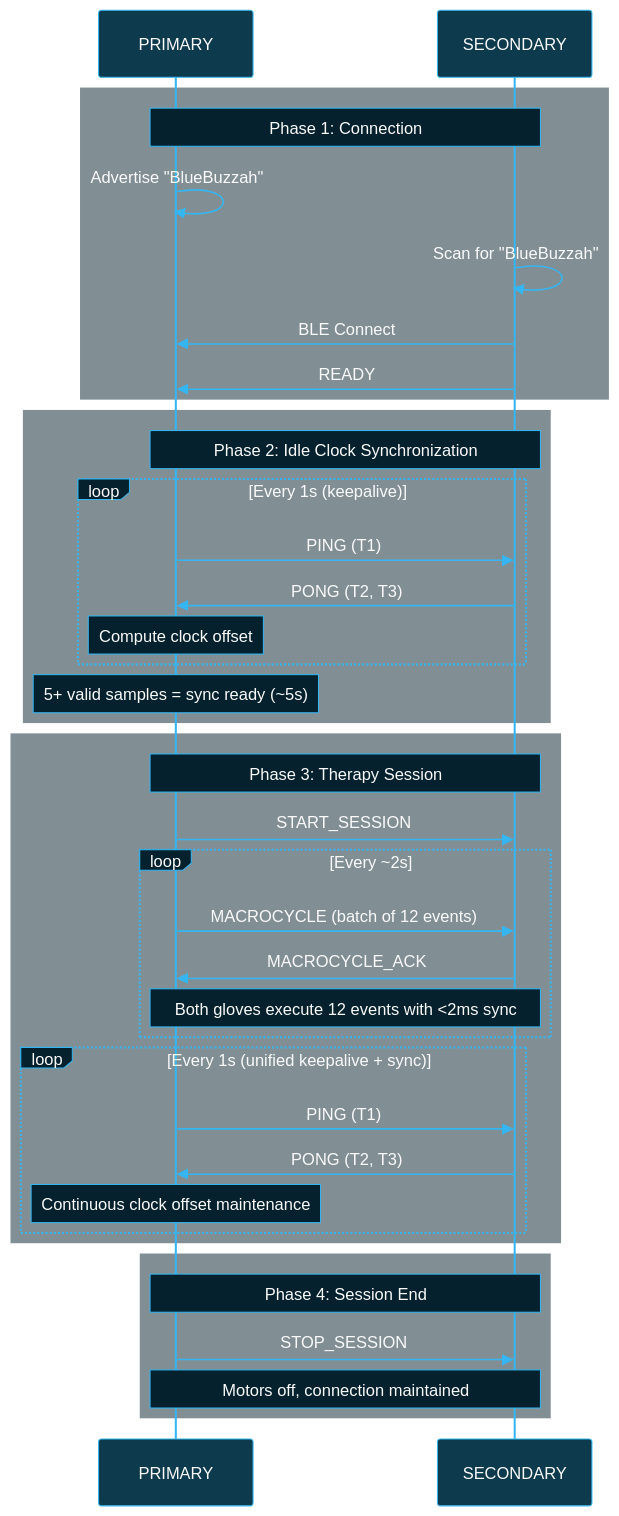
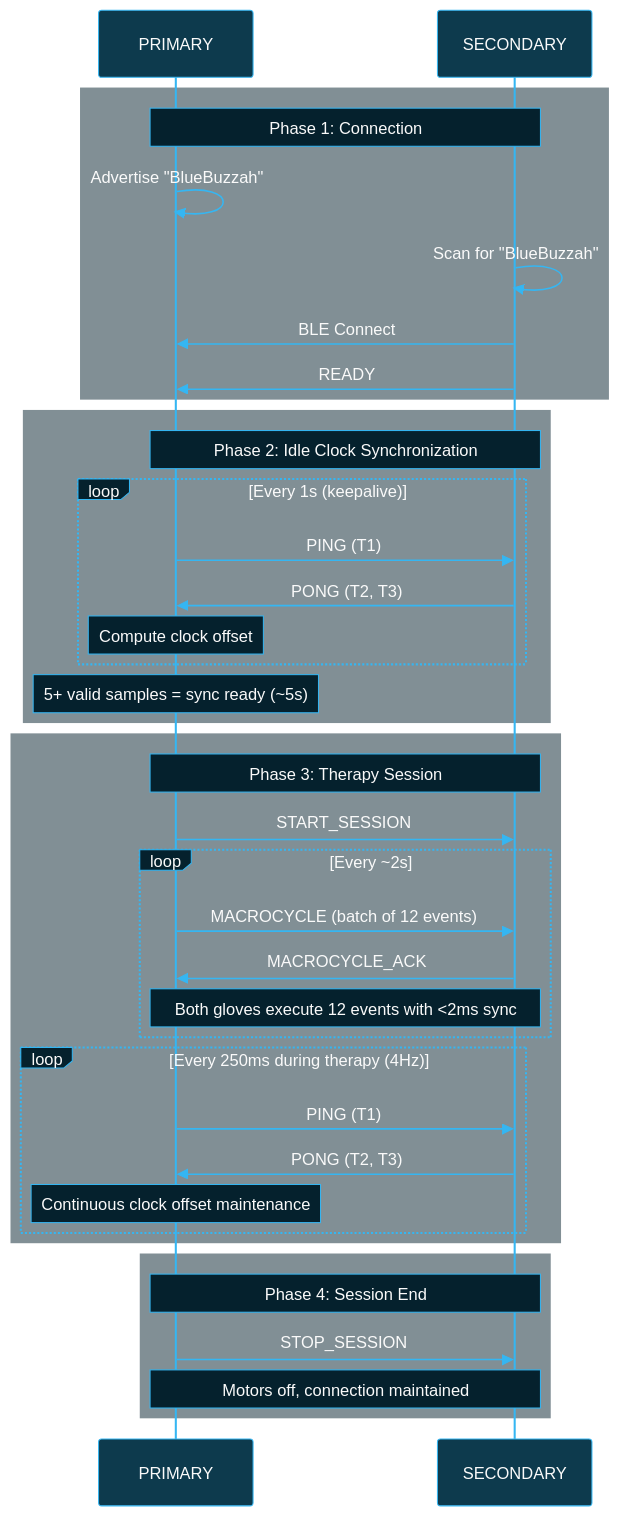
The first of 5 diagrams in docs/SYNCHRONIZATION_PROTOCOL.md (BlueBuzzah/BlueBuzzah-Firmware), drawn with Mermaid before and after one commit. The commit also changed other lines of this file and 2 other files, not shown here.

````diff
--- a/docs/SYNCHRONIZATION_PROTOCOL.md
+++ b/docs/SYNCHRONIZATION_PROTOCOL.md
@@ -29,69 +31,69 @@
 ```mermaid
 %%{init: {'theme': 'base', 'themeVariables': {
   'primaryColor': '#0d3a4d',
   'primaryTextColor': '#fafafa',
   'primaryBorderColor': '#35B6F2',
   'lineColor': '#35B6F2',
   'secondaryColor': '#05212D',
   'tertiaryColor': '#0a0a0a',
   'background': '#0a0a0a',
   'actorBkg': '#0d3a4d',
   'actorBorder': '#35B6F2',
   'actorTextColor': '#fafafa',
   'actorLineColor': '#35B6F2',
   'signalColor': '#35B6F2',
   'signalTextColor': '#fafafa',
   'labelBoxBkgColor': '#05212D',
   'labelBoxBorderColor': '#35B6F2',
   'labelTextColor': '#fafafa',
   'loopTextColor': '#fafafa',
   'noteBkgColor': '#05212D',
   'noteBorderColor': '#35B6F2',
   'noteTextColor': '#fafafa',
   'activationBkgColor': '#0d3a4d',
   'activationBorderColor': '#35B6F2',
   'sequenceNumberColor': '#fafafa'
 }}}%%
 sequenceDiagram
     participant P as PRIMARY
     participant S as SECONDARY
 
     rect rgba(5, 33, 45, 0.5)
         Note over P,S: Phase 1: Connection
         P->>P: Advertise "BlueBuzzah"
         S->>S: Scan for "BlueBuzzah"
         S->>P: BLE Connect
         S->>P: READY
     end
 
     rect rgba(5, 33, 45, 0.5)
         Note over P,S: Phase 2: Idle Clock Synchronization
         loop Every 1s (keepalive)
             P->>S: PING (T1)
             S->>P: PONG (T2, T3)
             Note over P: Compute clock offset
         end
         Note over P: 5+ valid samples = sync ready (~5s)
     end
 
     rect rgba(5, 33, 45, 0.5)
         Note over P,S: Phase 3: Therapy Session
         P->>S: START_SESSION
         loop Every ~2s
             P->>S: MACROCYCLE (batch of 12 events)
             S->>P: MACROCYCLE_ACK
             Note over P,S: Both gloves execute 12 events with <2ms sync
         end
-        loop Every 1s (unified keepalive + sync)
+        loop Every 250ms during therapy (4Hz)
             P->>S: PING (T1)
             S->>P: PONG (T2, T3)
             Note over P: Continuous clock offset maintenance
         end
     end
 
     rect rgba(5, 33, 45, 0.5)
         Note over P,S: Phase 4: Session End
         P->>S: STOP_SESSION
         Note over P,S: Motors off, connection maintained
     end
 ```
````
